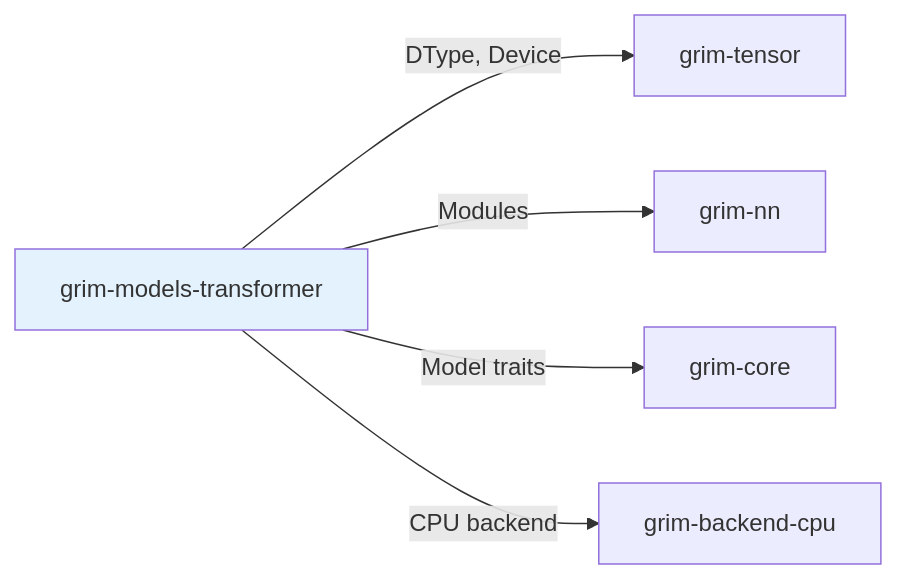
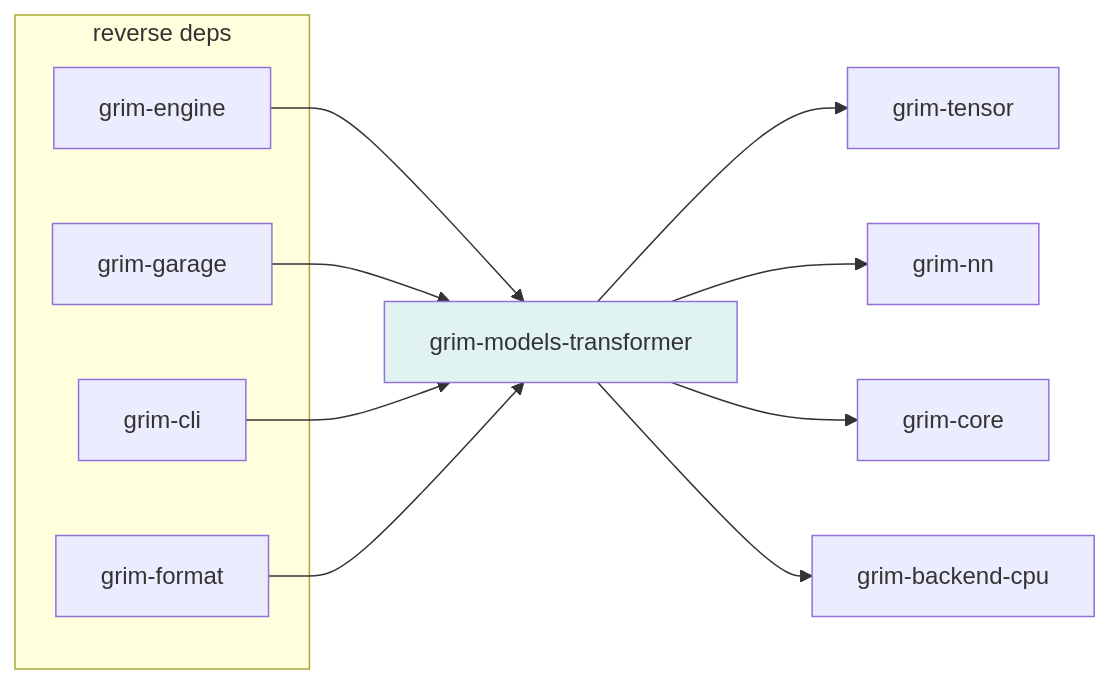
The diagram in crates/grim-models/transformer/README.md (sydonayrex/grim), drawn with Mermaid before and after one commit. The commit also changed other lines of this file and 55 other files, not shown here.

````diff
--- a/crates/grim-models/transformer/README.md
+++ b/crates/grim-models/transformer/README.md
@@ -22,9 +17,21 @@
 ```mermaid
 graph LR
-    A[grim-models-transformer] -->|DType, Device| B[grim-tensor]
-    A -->|Modules| C[grim-nn]
-    A -->|Model traits| D[grim-core]
-    A -->|CPU backend| E[grim-backend-cpu]
-    
-    style A fill:#e3f2fd
+    A[grim-models-transformer] --> B[grim-tensor]
+    A --> C[grim-nn]
+    A --> D[grim-core]
+    A --> E[grim-backend-cpu]
+
+    subgraph "reverse deps"
+        F1[grim-engine]
+        F2[grim-garage]
+        F3[grim-cli]
+        F4[grim-format]
+    end
+
+    F1 --> A
+    F2 --> A
+    F3 --> A
+    F4 --> A
+
+    style A fill:#e0f2f1
 ```
````
